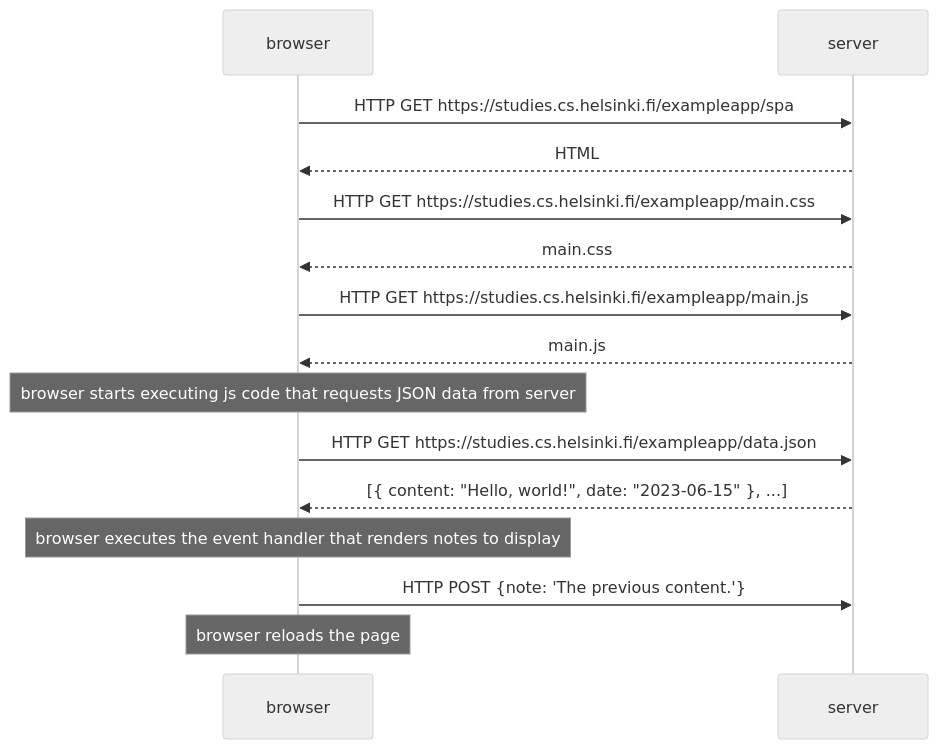
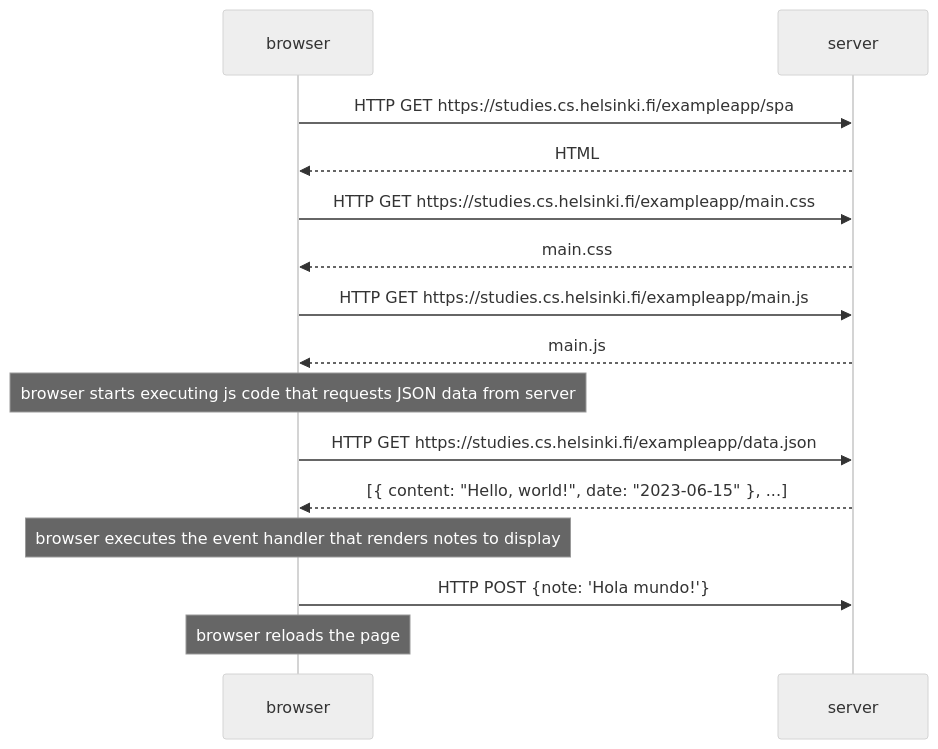
The diagram in part0/0.4/nueva_nota.md (NMenendezz/fullstackopen.com), drawn with Mermaid (neutral theme) before and after one commit.

````diff
--- a/part0/0.4/nueva_nota.md
+++ b/part0/0.4/nueva_nota.md
@@ -1,21 +1,21 @@
 ```mermaid
 sequenceDiagram
 
     browser->>server: HTTP GET https://studies.cs.helsinki.fi/exampleapp/spa
     server-->>browser: HTML
     browser->>server: HTTP GET https://studies.cs.helsinki.fi/exampleapp/main.css
     server-->>browser: main.css
     browser->>server: HTTP GET https://studies.cs.helsinki.fi/exampleapp/main.js
     server-->>browser: main.js
 
     note over browser: browser starts executing js code that requests JSON data from server
 
     browser->>server: HTTP GET https://studies.cs.helsinki.fi/exampleapp/data.json
     server-->>browser: [{ content: "Hello, world!", date: "2023-06-15" }, ...]
 
     note over browser: browser executes the event handler that renders notes to display
 
-    browser->>server: HTTP POST {note: 'The previous content.'}
+    browser->>server: HTTP POST {note: 'Hola mundo!'}
 
     note over browser: browser reloads the page
 ```
````
